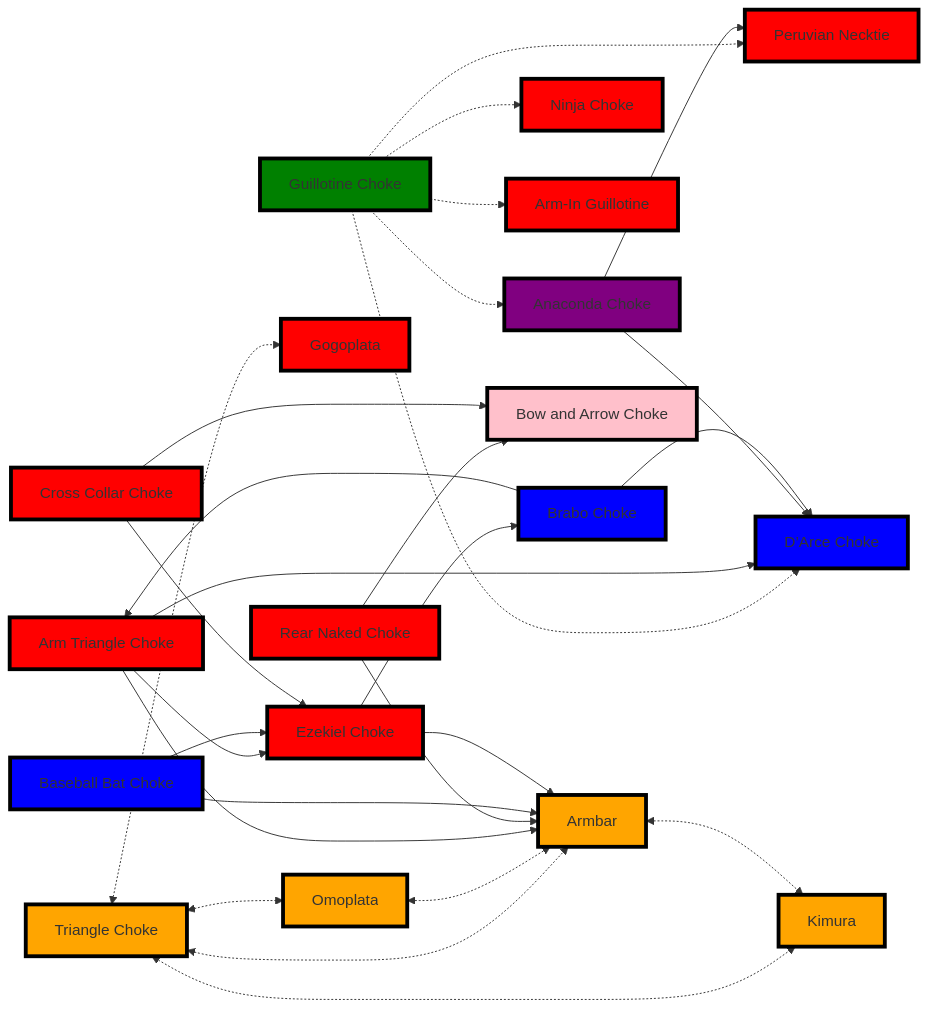
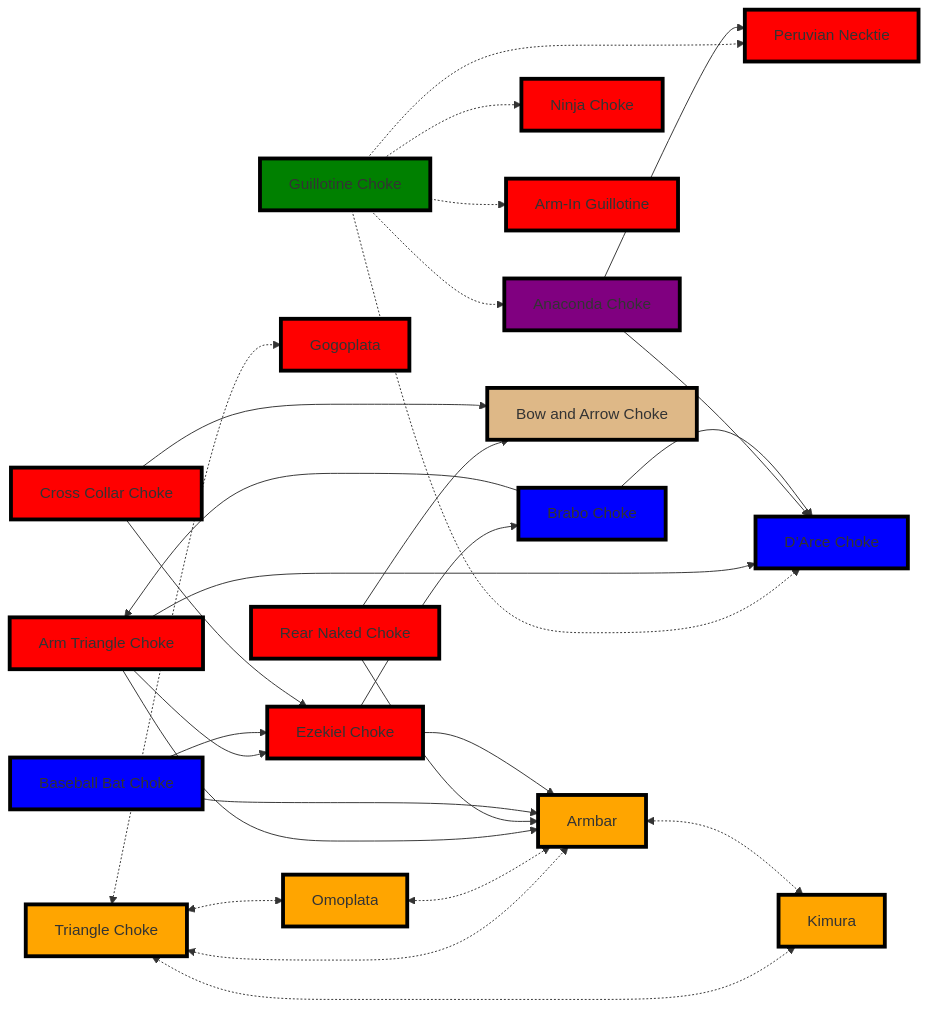
One commit to jacgit18/DevHiveMind changed the fourth of 4 diagrams in _Fitness/MMA/Real World BJJ Flows.md. Above: the diagram before and after it, drawn with Mermaid. The commit also changed other lines of this file, not shown here.

Commit message:
M "_Fitness/MMA/Real World BJJ Flows.md"

````diff
--- a/_Fitness/MMA/Real World BJJ Flows.md
+++ b/_Fitness/MMA/Real World BJJ Flows.md
@@ -404,66 +404,66 @@
 ```mermaid
 flowchart LR
     A[Triangle Choke] <-.->  B[Armbar]
     A <-.-> C[Omoplata]
     A <-.->  D[Gogoplata]
     A <-.->  E
     B <-.-> E[Kimura]
     C <-.->  B
 
 
     F[Guillotine Choke] .-> G[Ninja Choke]
     F .-> H[Peruvian Necktie]
     F .-> I[Arm-In Guillotine]
     F .-> Q
     F .-> L
 
     J[Arm Triangle Choke] --> P
     J --> L[D’Arce Choke]
     J --> B
 
     M[Rear Naked Choke] --> B
     M --> N[Bow and Arrow Choke]
 
     O[Baseball Bat Choke] --> P[Ezekiel Choke]
     O --> B
 
     Q[Anaconda Choke] --> L
     Q --> H
 
     R[Brabo Choke] --> J
     R --> L
 
     S[Cross Collar Choke] --> N
     S --> P
 
     P --> B
     P --> R
     
 style A fill:orange,stroke:black,stroke-width:4px,shadow:shadow
 
 style B fill:orange,stroke:black,stroke-width:4px,shadow:shadow
 
 style C fill:orange,stroke:black,stroke-width:4px,shadow:shadow
 
 style D fill:red,stroke:black,stroke-width:4px,shadow:shadow
 
 style E fill:orange,stroke:black,stroke-width:4px,shadow:shadow
 
 style F fill:green,stroke:black,stroke-width:4px,shadow:shadow
 
 style G fill:red,stroke:black,stroke-width:4px,shadow:shadow
 style H fill:red,stroke:black,stroke-width:4px,shadow:shadow
 style I fill:red,stroke:black,stroke-width:4px,shadow:shadow
 style J fill:red,stroke:black,stroke-width:4px,shadow:shadow
 
 style L fill:blue,stroke:black,stroke-width:4px,shadow:shadow
 style M fill:red,stroke:black,stroke-width:4px,shadow:shadow
-style N fill:pink,stroke:black,stroke-width:4px,shadow:shadow
+style N fill:burlywood,stroke:black,stroke-width:4px,shadow:shadow
 
 style O fill:blue,stroke:black,stroke-width:4px,shadow:shadow
 style P fill:red,stroke:black,stroke-width:4px,shadow:shadow
 
 style Q fill:purple,stroke:black,stroke-width:4px,shadow:shadow
 style R fill:blue,stroke:black,stroke-width:4px,shadow:shadow
 style S fill:red,stroke:black,stroke-width:4px,shadow:shadow
 ```
````
